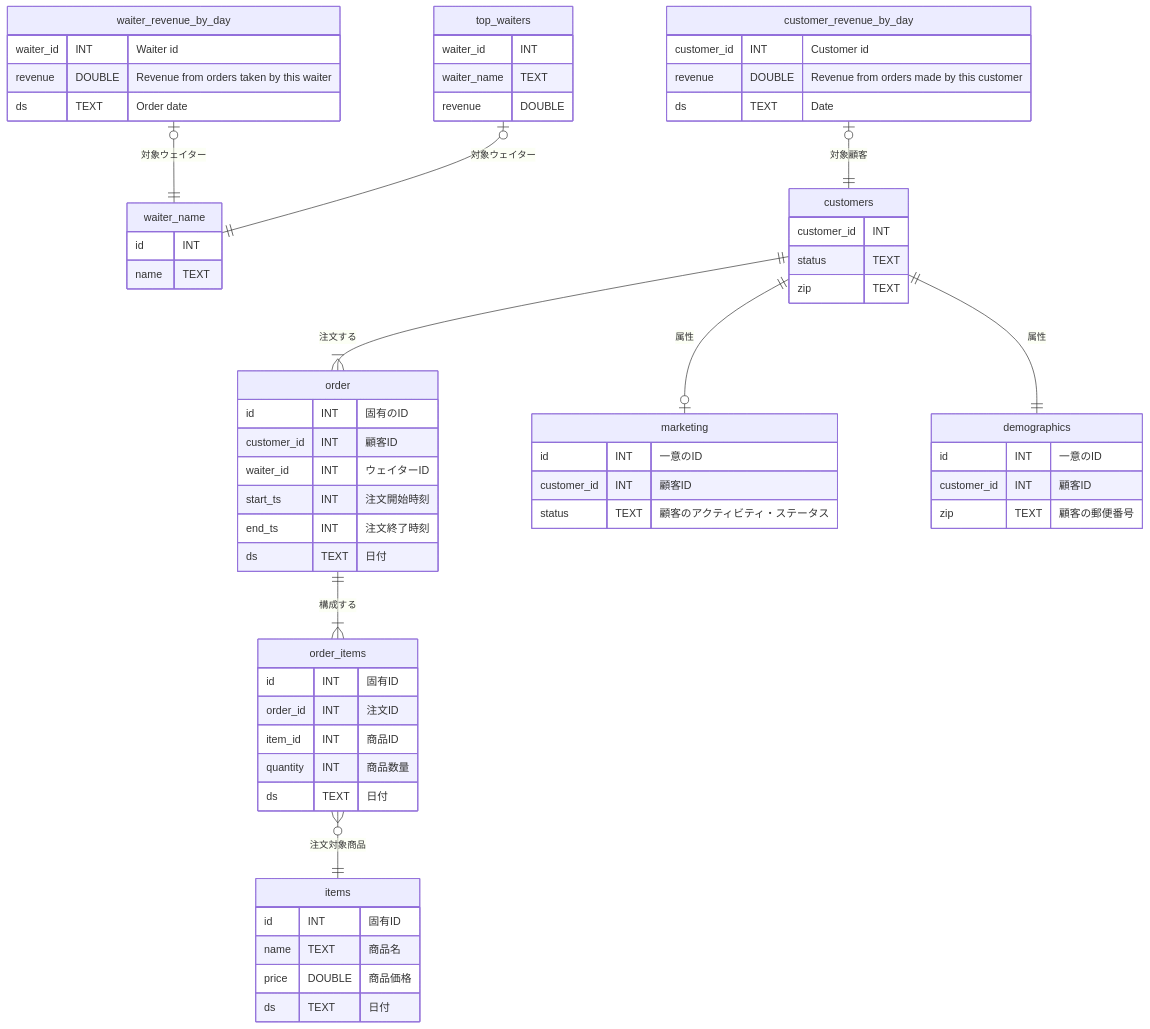
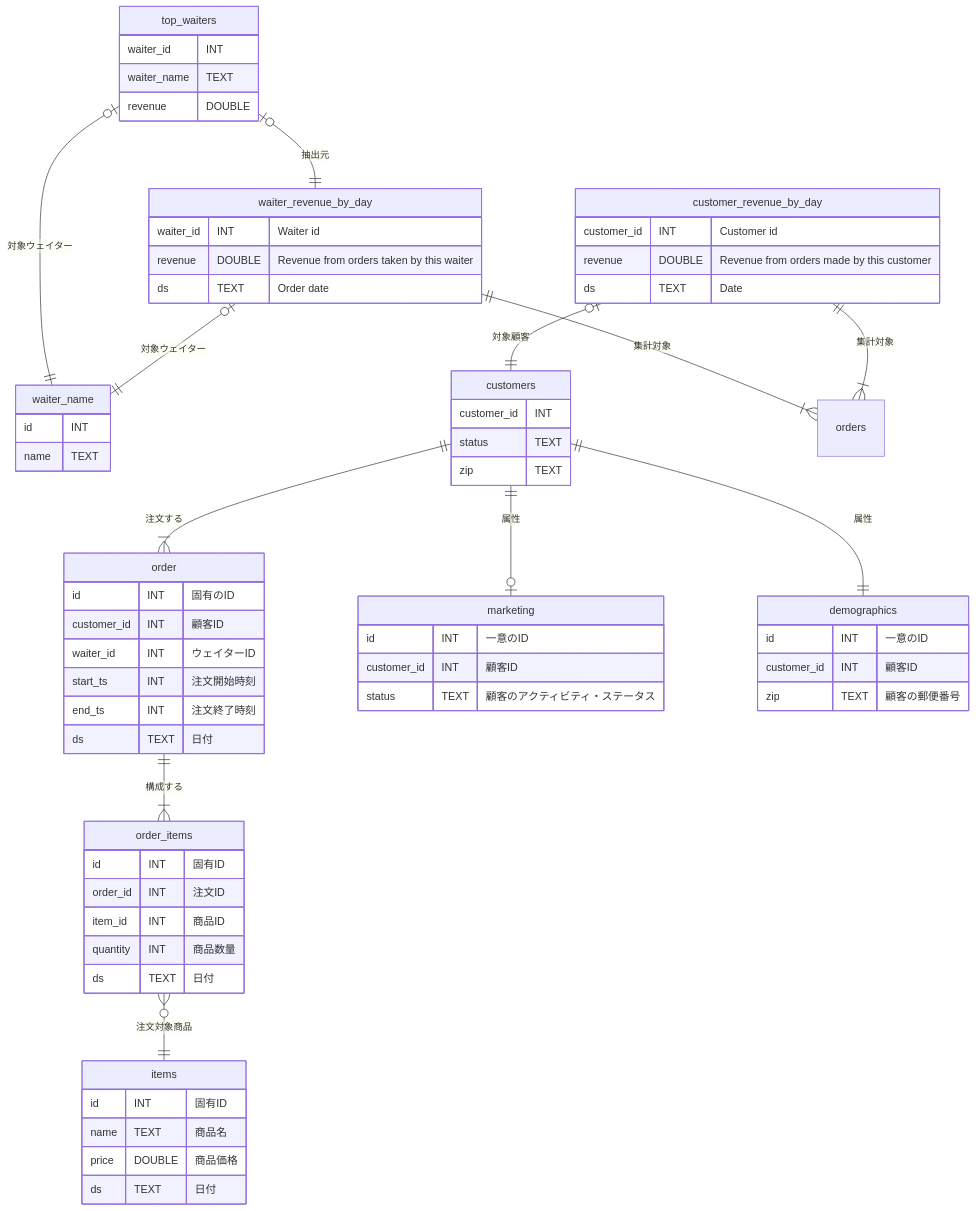
Before and after one commit to take0a/zenn-docs: the second of 2 diagrams in articles/8752f660373534.md, drawn with Mermaid.

Commit message:
どう

````diff
--- a/articles/8752f660373534.md
+++ b/articles/8752f660373534.md
@@ -251,66 +251,69 @@
 ```mermaid
 erDiagram
     order ||--|{ order_items : "構成する"
     order_items }o--|| items : "注文対象商品"
     marketing {
         id INT "一意のID"
         customer_id INT "顧客ID"
         status TEXT "顧客のアクティビティ・ステータス"
     }
     demographics {
         id INT "一意のID"
         customer_id INT "顧客ID"
         zip TEXT "顧客の郵便番号"
     }
     order {
         id INT "固有のID"
         customer_id INT "顧客ID"
         waiter_id INT "ウェイターID"
         start_ts INT "注文開始時刻"
         end_ts INT "注文終了時刻"
         ds TEXT "日付"
     }
     order_items {
         id INT "固有ID"
         order_id INT "注文ID"
         item_id INT "商品ID"
         quantity INT "商品数量"
         ds TEXT "日付"
     }
     items {
         id INT "固有ID"
         name TEXT "商品名"
         price DOUBLE "商品価格"
         ds TEXT "日付"
     }
     waiter_name {
         id INT
         name TEXT
     }
     customers ||--|{ order : "注文する"
     customers ||--|| demographics : "属性"
     customers ||--o| marketing : "属性"
     customers {
         customer_id INT
         status TEXT
         zip TEXT
     }
     customer_revenue_by_day |o--|| customers : "対象顧客"
+    customer_revenue_by_day ||--|{ orders : "集計対象"
     customer_revenue_by_day {
         customer_id INT "Customer id"
         revenue DOUBLE "Revenue from orders made by this customer"
         ds TEXT "Date"
     }
     waiter_revenue_by_day |o--|| waiter_name : "対象ウェイター"
+    waiter_revenue_by_day ||--|{ orders : 集計対象
     waiter_revenue_by_day {
         waiter_id INT "Waiter id"
         revenue DOUBLE "Revenue from orders taken by this waiter"
         ds TEXT "Order date"
     }
     top_waiters |o--|| waiter_name : "対象ウェイター"
+    top_waiters |o--|| waiter_revenue_by_day : "抽出元"
     top_waiters {
         waiter_id INT
         waiter_name TEXT
         revenue DOUBLE
     }
 ```
````
